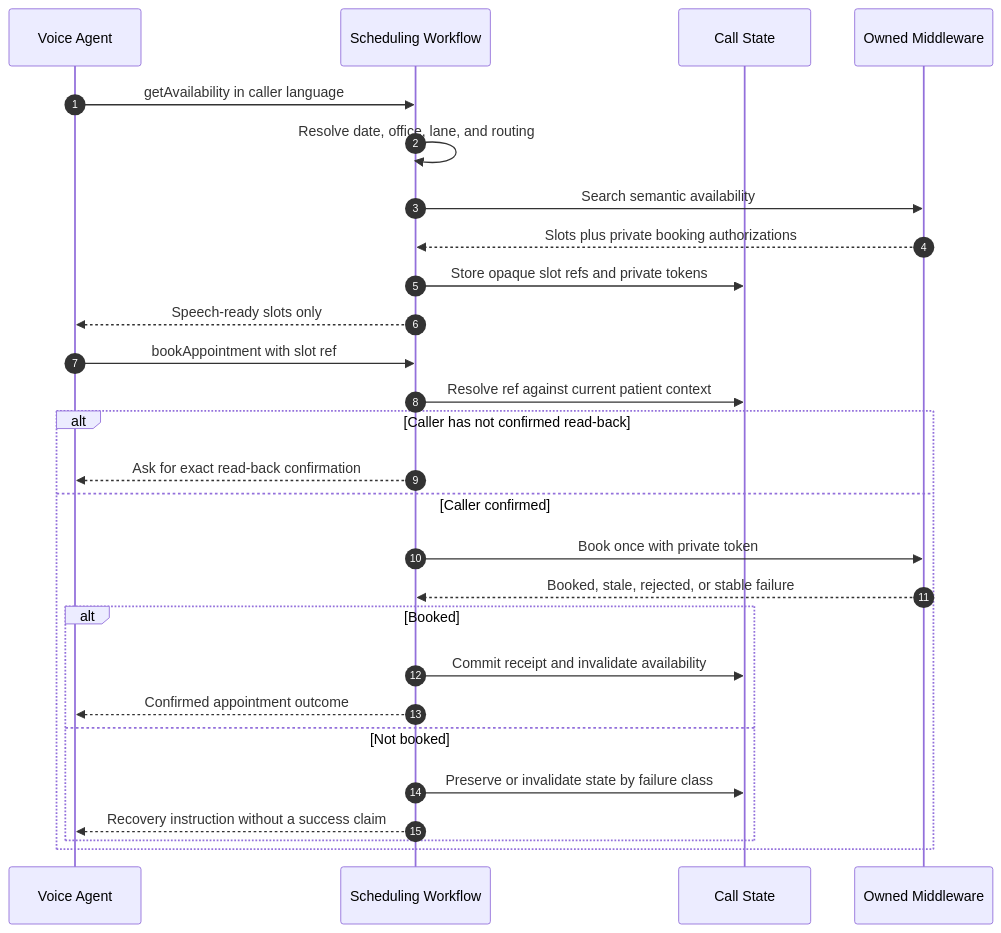
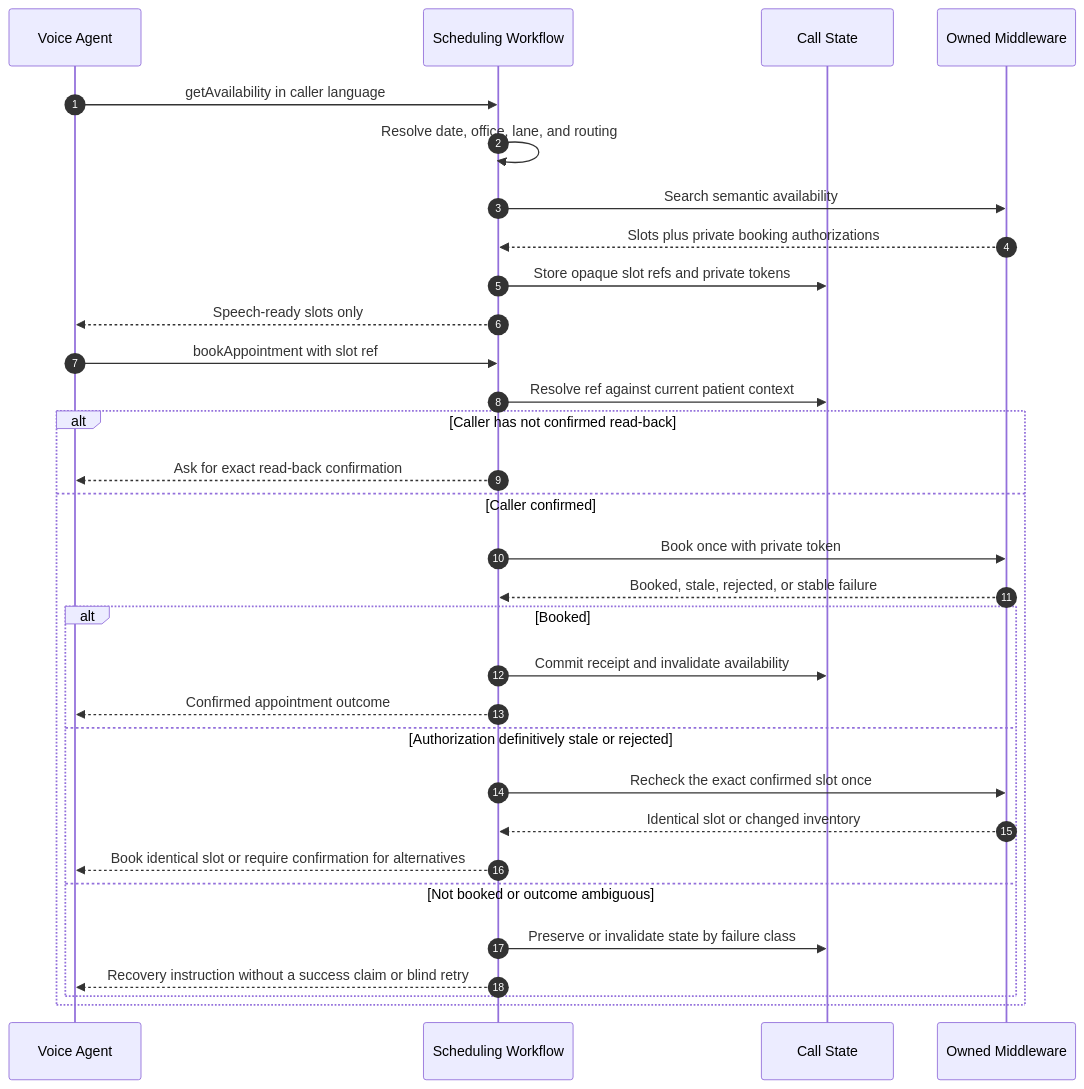
One commit to chasef07/abita_agent changed the fifth of 8 diagrams in README.md. Above: the diagram before and after it, drawn with Mermaid. The commit also changed other lines of this file and 12 other files, not shown here.

````diff
--- a/README.md
+++ b/README.md
@@ -261,31 +265,35 @@
 ```mermaid
 sequenceDiagram
     autonumber
     participant A as Voice Agent
     participant W as Scheduling Workflow
     participant S as Call State
     participant M as Owned Middleware
 
     A->>W: getAvailability in caller language
     W->>W: Resolve date, office, lane, and routing
     W->>M: Search semantic availability
     M-->>W: Slots plus private booking authorizations
     W->>S: Store opaque slot refs and private tokens
     W-->>A: Speech-ready slots only
 
     A->>W: bookAppointment with slot ref
     W->>S: Resolve ref against current patient context
     alt Caller has not confirmed read-back
         W-->>A: Ask for exact read-back confirmation
     else Caller confirmed
         W->>M: Book once with private token
         M-->>W: Booked, stale, rejected, or stable failure
         alt Booked
             W->>S: Commit receipt and invalidate availability
             W-->>A: Confirmed appointment outcome
-        else Not booked
+        else Authorization definitively stale or rejected
+            W->>M: Recheck the exact confirmed slot once
+            M-->>W: Identical slot or changed inventory
+            W-->>A: Book identical slot or require confirmation for alternatives
+        else Not booked or outcome ambiguous
             W->>S: Preserve or invalidate state by failure class
-            W-->>A: Recovery instruction without a success claim
+            W-->>A: Recovery instruction without a success claim or blind retry
         end
     end
 ```
````
